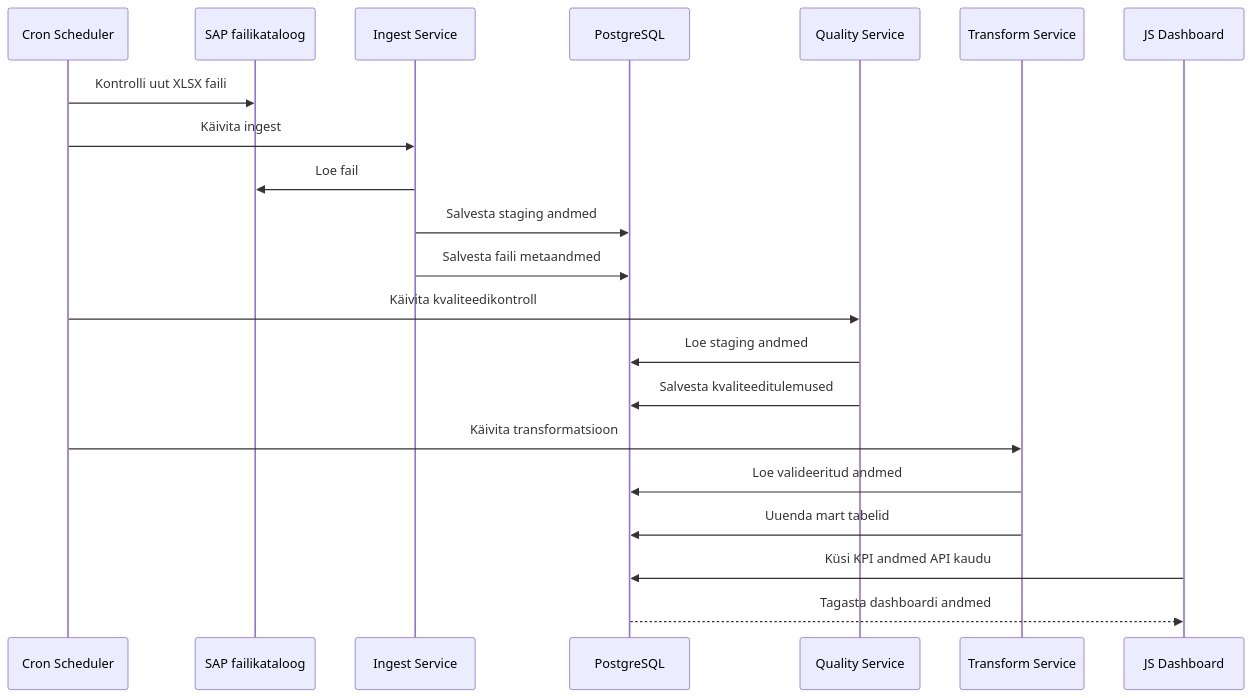
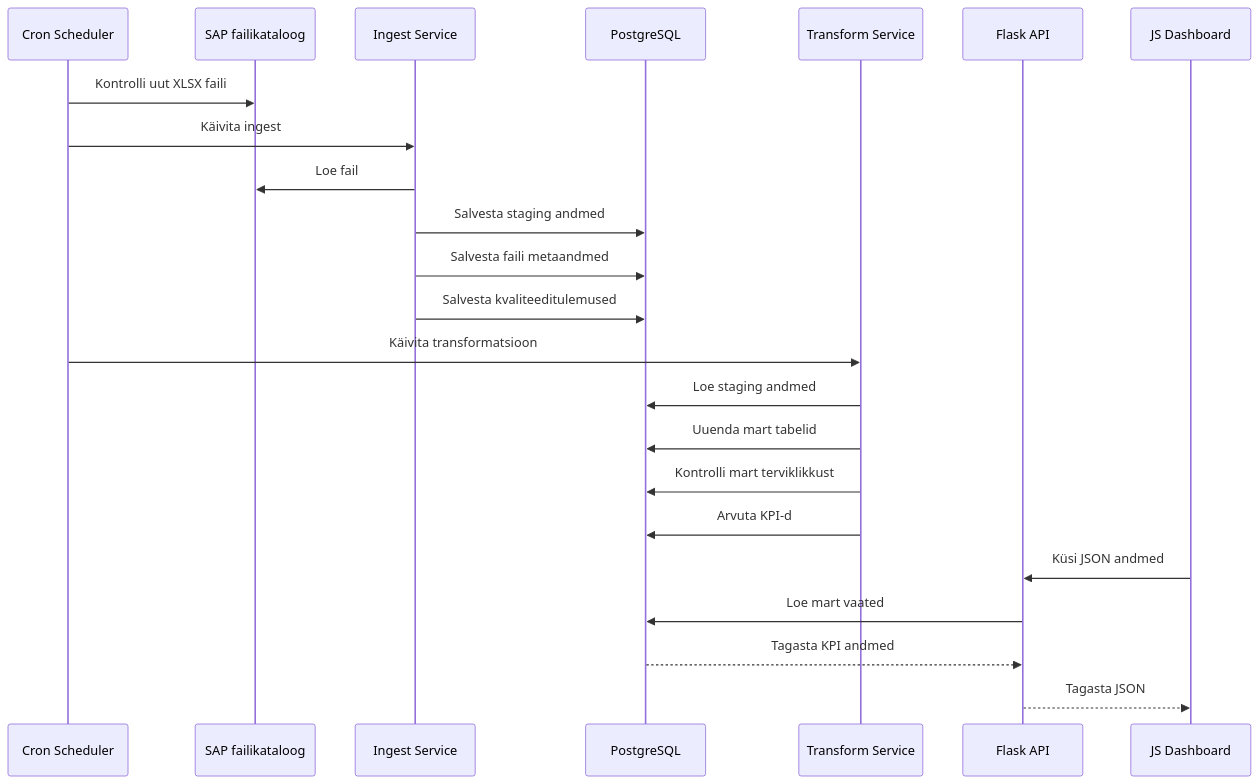
Before and after one commit to joosephook/andmeinseneeria-projekt: the diagram in docs/it_arhitektuur/04_jargnevus_diagram.md, drawn with Mermaid. The commit also changed other lines of this file and 13 other files, not shown here.

````diff
--- a/docs/it_arhitektuur/04_jargnevus_diagram.md
+++ b/docs/it_arhitektuur/04_jargnevus_diagram.md
@@ -29,27 +30,28 @@
 ```mermaid
 sequenceDiagram
     participant Cron as Cron Scheduler
     participant Files as SAP failikataloog
     participant Ingest as Ingest Service
     participant DB as PostgreSQL
-    participant Quality as Quality Service
     participant Transform as Transform Service
+    participant API as Flask API
     participant Dashboard as JS Dashboard
 
     Cron->>Files: Kontrolli uut XLSX faili
     Cron->>Ingest: Käivita ingest
     Ingest->>Files: Loe fail
     Ingest->>DB: Salvesta staging andmed
     Ingest->>DB: Salvesta faili metaandmed
-
-    Cron->>Quality: Käivita kvaliteedikontroll
-    Quality->>DB: Loe staging andmed
-    Quality->>DB: Salvesta kvaliteeditulemused
+    Ingest->>DB: Salvesta kvaliteeditulemused
 
     Cron->>Transform: Käivita transformatsioon
-    Transform->>DB: Loe valideeritud andmed
+    Transform->>DB: Loe staging andmed
     Transform->>DB: Uuenda mart tabelid
+    Transform->>DB: Kontrolli mart terviklikkust
+    Transform->>DB: Arvuta KPI-d
 
-    Dashboard->>DB: Küsi KPI andmed API kaudu
-    DB-->>Dashboard: Tagasta dashboardi andmed
+    Dashboard->>API: Küsi JSON andmed
+    API->>DB: Loe mart vaated
+    DB-->>API: Tagasta KPI andmed
+    API-->>Dashboard: Tagasta JSON
 ```
````
